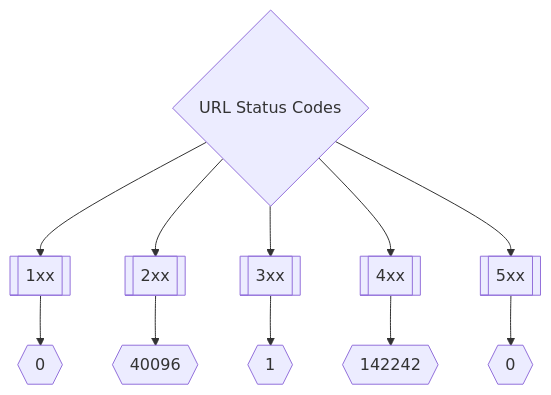
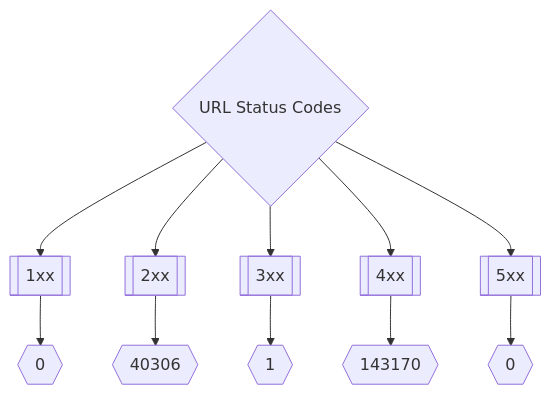
One commit to trickest/inventory changed the second of 3 diagrams in README.md. Above: the diagram before and after it, drawn with Mermaid. The commit also changed other lines of this file, not shown here.

Commit message:
Update Wed Mar 23 15:53:06 UTC 2022

````diff
--- a/README.md
+++ b/README.md
@@ -173,8 +173,8 @@
 ```mermaid
 graph TD
 title{URL Status Codes} --> 1xx[[1xx]] --> status1xxNum{{0}}
-title --> 2xx[[2xx]] --> status2xxNum{{40096}}
+title --> 2xx[[2xx]] --> status2xxNum{{40306}}
 title --> 3xx[[3xx]] --> status3xxNum{{1}}
-title --> 4xx[[4xx]] --> status4xxNum{{142242}}
+title --> 4xx[[4xx]] --> status4xxNum{{143170}}
 title --> 5xx[[5xx]] --> status5xxNum{{0}}
 ```
````
